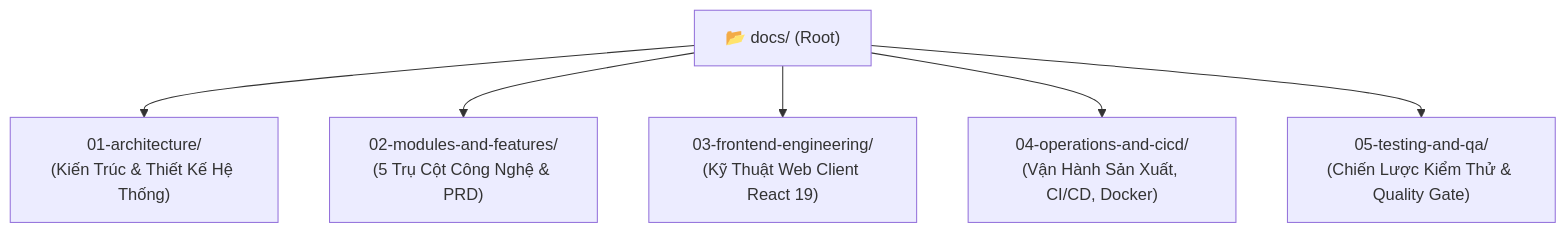
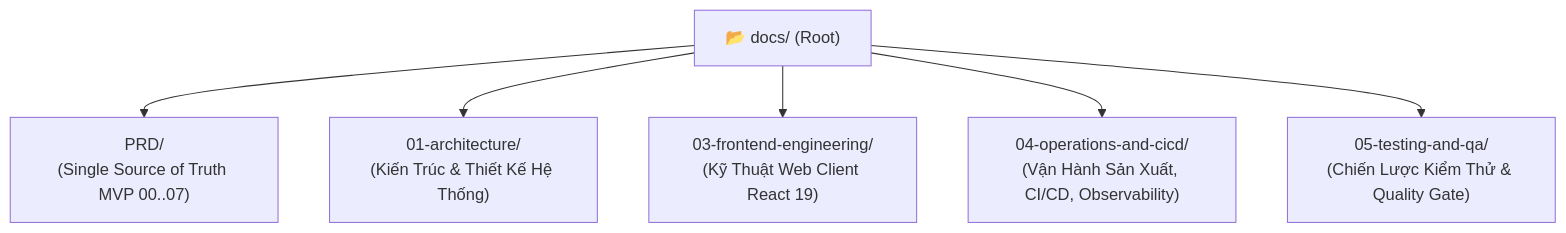
The diagram in docs/README.md (dammanhdungvn/VeriScholar), drawn with Mermaid before and after one commit. The commit also changed other lines of this file and 24 other files, not shown here.

Commit message:
docs: remove obsolete 5-pillar docs and align architecture docs with MVP PRD

````diff
--- a/docs/README.md
+++ b/docs/README.md
@@ -11,8 +11,8 @@
 ```mermaid
 flowchart TD
-    Root["📂 docs/ (Root)"] --> S1["01-architecture/<br/>(Kiến Trúc & Thiết Kế Hệ Thống)"]
-    Root --> S2["02-modules-and-features/<br/>(5 Trụ Cột Công Nghệ & PRD)"]
+    Root["📂 docs/ (Root)"] --> S0["PRD/<br/>(Single Source of Truth MVP 00..07)"]
+    Root --> S1["01-architecture/<br/>(Kiến Trúc & Thiết Kế Hệ Thống)"]
     Root --> S3["03-frontend-engineering/<br/>(Kỹ Thuật Web Client React 19)"]
-    Root --> S4["04-operations-and-cicd/<br/>(Vận Hành Sản Xuất, CI/CD, Docker)"]
+    Root --> S4["04-operations-and-cicd/<br/>(Vận Hành Sản Xuất, CI/CD, Observability)"]
     Root --> S5["05-testing-and-qa/<br/>(Chiến Lược Kiểm Thử & Quality Gate)"]
 ```
````
